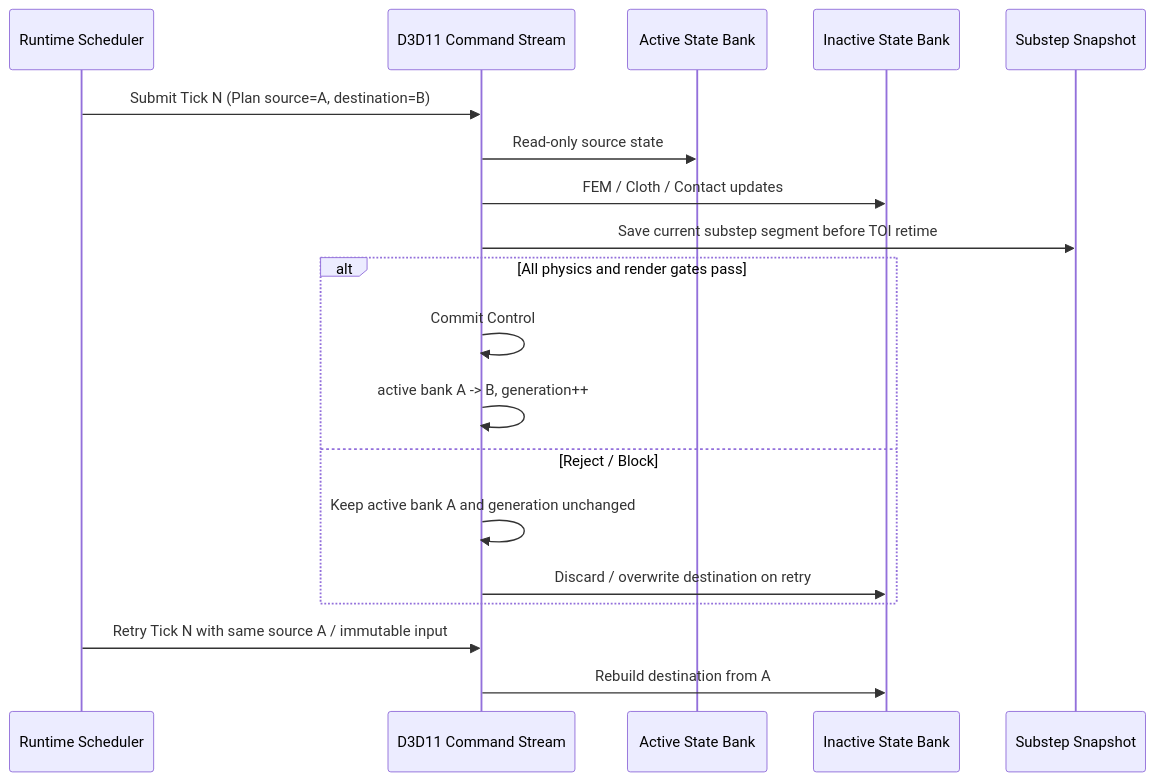
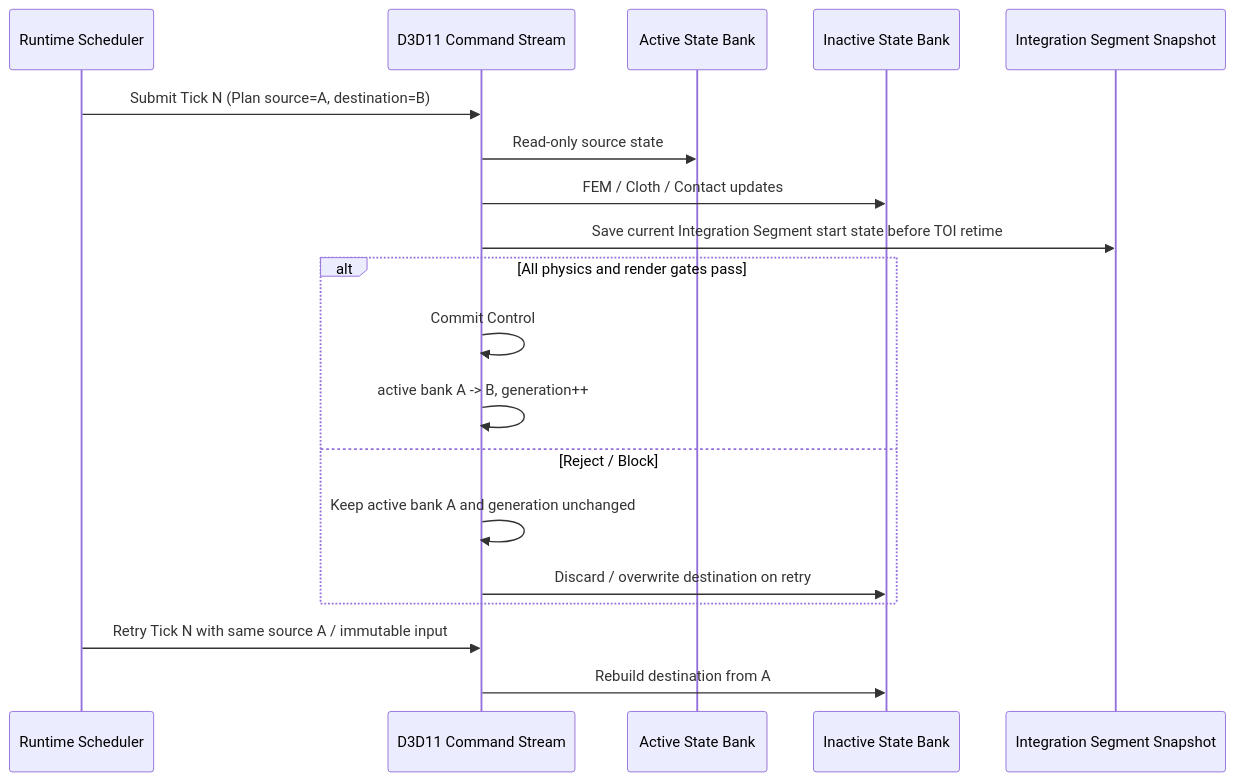
The sixth of 8 diagrams in docs/uml/phase12_gpu_runtime.md (bigmoon77/Skin-physics-), drawn with Mermaid before and after one commit. The commit also changed other lines of this file, not shown here.

Commit message:
docs: finalize segment solver order and damping equations

````diff
--- a/docs/uml/phase12_gpu_runtime.md
+++ b/docs/uml/phase12_gpu_runtime.md
@@ -179,21 +179,21 @@
 ```mermaid
 sequenceDiagram
     participant CPU as Runtime Scheduler
     participant GPU as D3D11 Command Stream
     participant A as Active State Bank
     participant B as Inactive State Bank
-    participant S as Substep Snapshot
+    participant S as Integration Segment Snapshot
     CPU->>GPU: Submit Tick N (Plan source=A, destination=B)
     GPU->>A: Read-only source state
     GPU->>B: FEM / Cloth / Contact updates
-    GPU->>S: Save current substep segment before TOI retime
+    GPU->>S: Save current Integration Segment start state before TOI retime
     alt All physics and render gates pass
         GPU->>GPU: Commit Control
         GPU->>GPU: active bank A -> B, generation++
     else Reject / Block
         GPU->>GPU: Keep active bank A and generation unchanged
         GPU->>B: Discard / overwrite destination on retry
     end
     CPU->>GPU: Retry Tick N with same source A / immutable input
     GPU->>B: Rebuild destination from A
 ```
````
